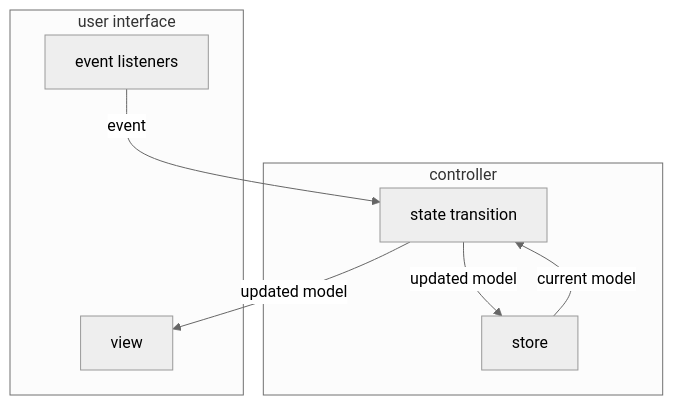
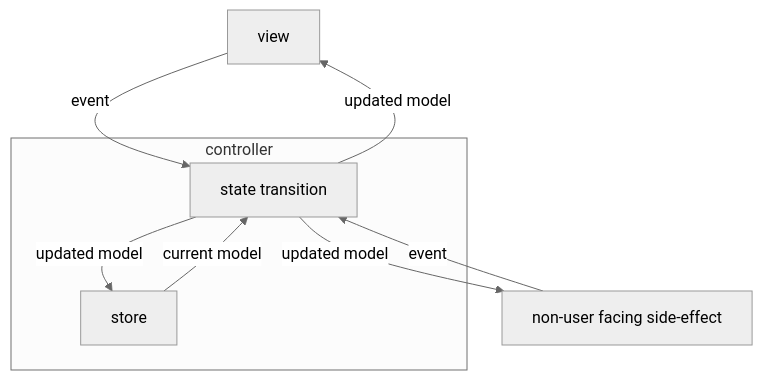
The diagram in mvc.md (frankymacster/my-learnings), drawn with Mermaid (neutral theme) before and after one commit.

````diff
--- a/mvc.md
+++ b/mvc.md
@@ -3,17 +3,17 @@
 ```mermaid
 flowchart TB
-    subgraph user interface
-        B[event listeners]
-        view
-    end
+    view
+    C[non-user facing side-effect]
 
     subgraph controller
         store
         A[state transition]
     end
 
     store -->|current model| A
-    B -->|event| A[state transition]
+    view -->|event| A[state transition]
     A -->|updated model| view
     A -->|updated model| store
+    A -->|updated model| C
+    C -->|event| A
 ```
````
